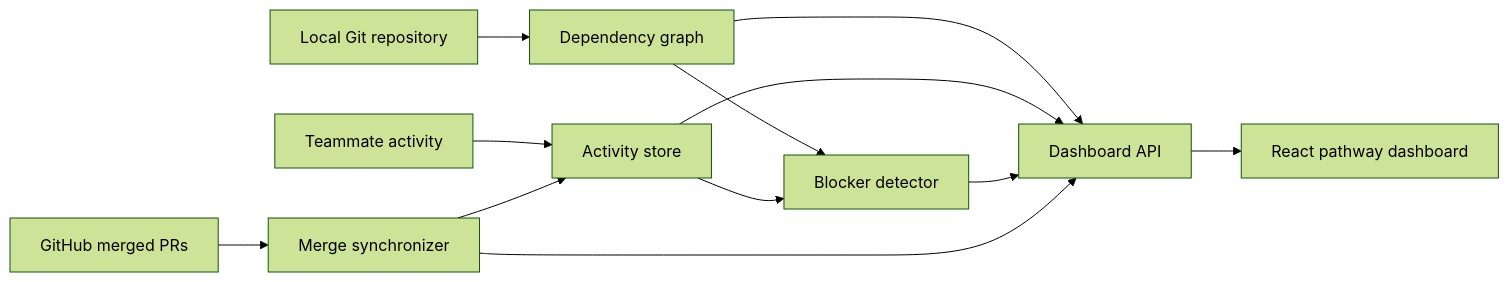
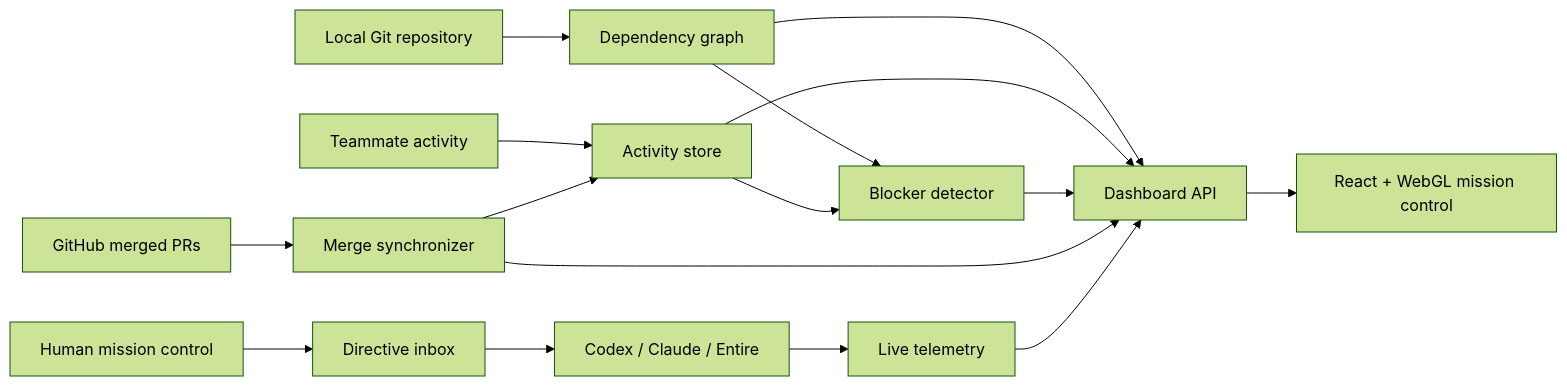
Before and after one commit to deepthii26/Spidey-Sense: the diagram in README.md, drawn with Mermaid (forest theme). The commit also changed other lines of this file and 30 other files, not shown here.

Commit message:
Add live 3D mission control

````diff
--- a/README.md
+++ b/README.md
@@ -47,14 +49,18 @@
 ```mermaid
 flowchart LR
     Repo[Local Git repository] --> Graph[Dependency graph]
     Sessions[Teammate activity] --> Tracker[Activity store]
     Graph --> Detector[Blocker detector]
     Tracker --> Detector
     GitHub[GitHub merged PRs] --> Sync[Merge synchronizer]
+    CLIs[Codex / Claude / Entire] --> Live[Live telemetry]
+    Human[Human mission control] --> Directives[Directive inbox]
+    Directives --> CLIs
     Sync --> Tracker
     Graph --> API[Dashboard API]
     Tracker --> API
     Detector --> API
     Sync --> API
-    API --> UI[React pathway dashboard]
+    Live --> API
+    API --> UI[React + WebGL mission control]
 ```
````
